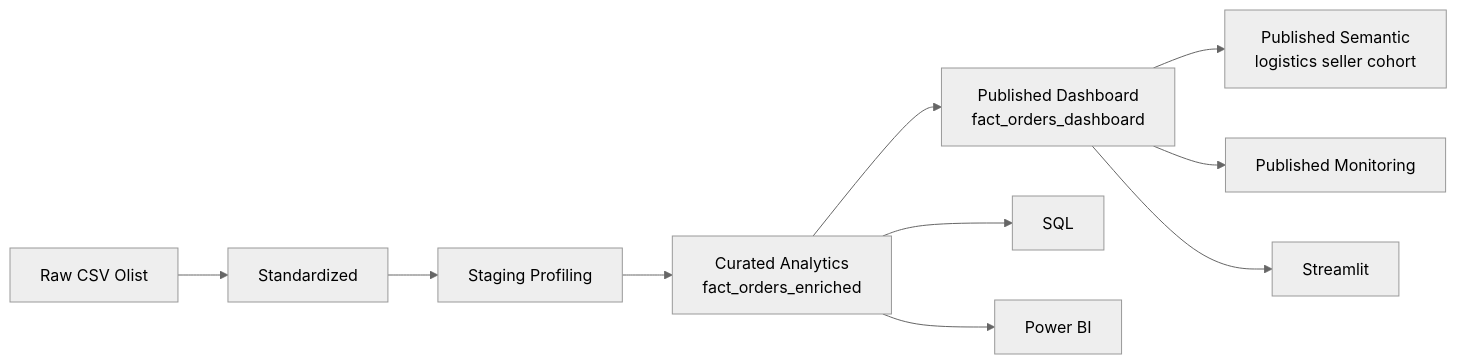
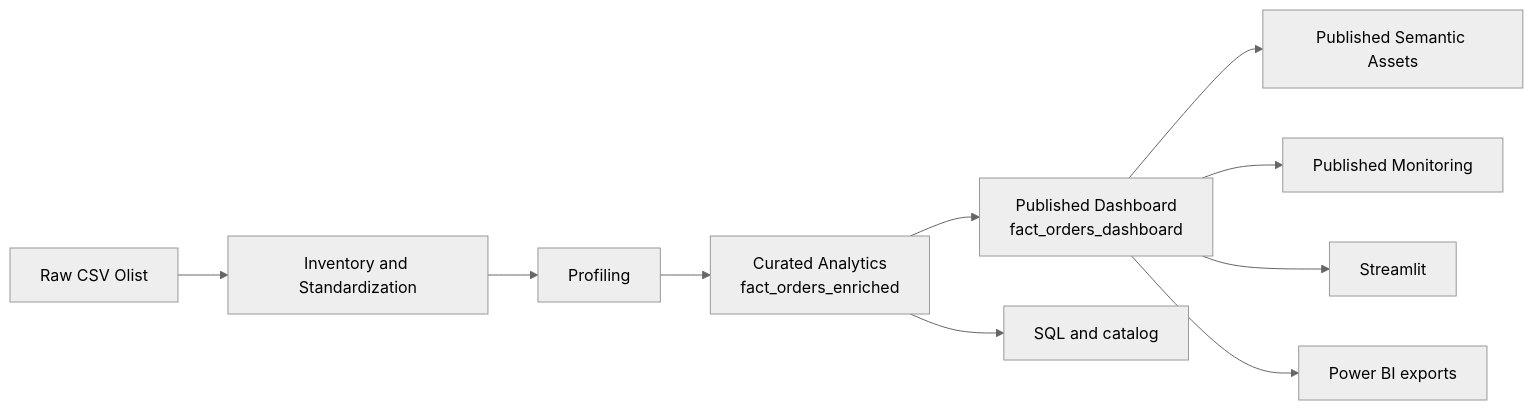
Before and after one commit to samuelmaia-analytics/Governed-Analytics-Platform: the diagram in README.md, drawn with Mermaid (neutral theme). The commit also changed other lines of this file, not shown here.

````diff
--- a/README.md
+++ b/README.md
@@ -114,12 +28,12 @@
 ```mermaid
 flowchart LR
-    A[Raw CSV Olist] --> B[Standardized]
-    B --> C[Staging Profiling]
+    A[Raw CSV Olist] --> B[Inventory and Standardization]
+    B --> C[Profiling]
     C --> D[Curated Analytics<br/>fact_orders_enriched]
     D --> E[Published Dashboard<br/>fact_orders_dashboard]
-    E --> F[Published Semantic<br/>logistics seller cohort]
+    E --> F[Published Semantic Assets]
     E --> G[Published Monitoring]
     E --> H[Streamlit]
-    D --> I[SQL]
-    D --> J[Power BI]
+    E --> I[Power BI exports]
+    D --> J[SQL and catalog]
 ```
````
